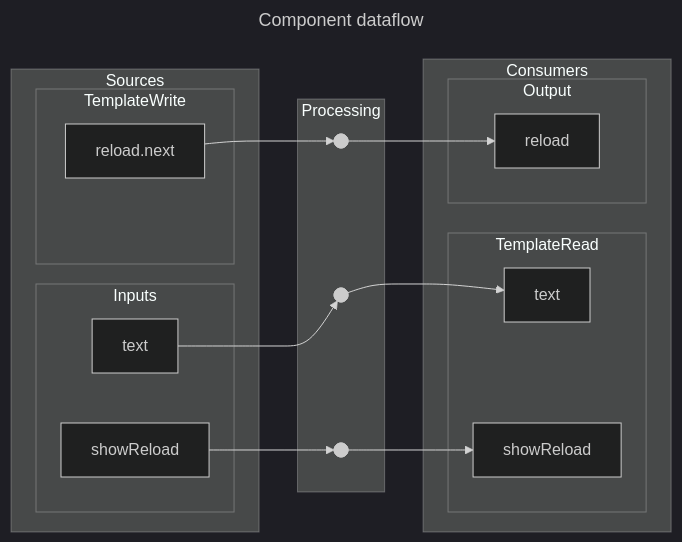
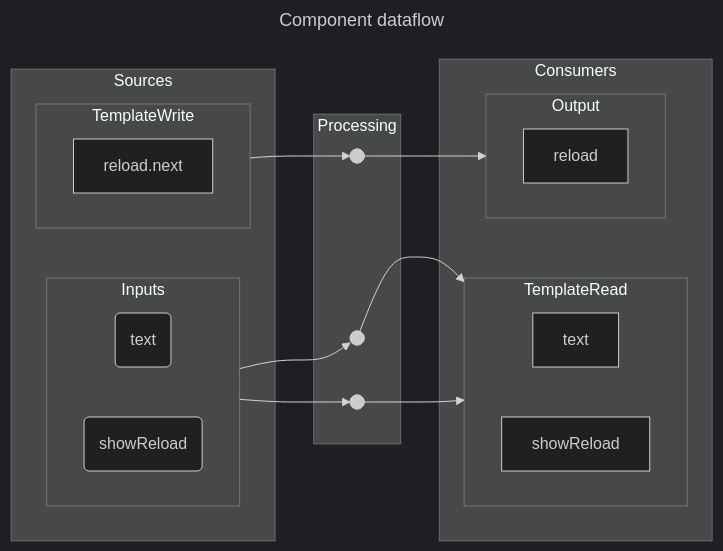
The first of 2 diagrams in src/app/components/content/generic-error/generic-error.component.dataflow.md (earthdmitriy/rx-evo), drawn with Mermaid (dark theme) before and after one commit. The commit also changed other lines of this file and 39 other files, not shown here.

Commit message:
updated dataflow diagrams

````diff
--- a/src/app/components/content/generic-error/generic-error.component.dataflow.md
+++ b/src/app/components/content/generic-error/generic-error.component.dataflow.md
@@ -3,50 +3,54 @@
 ```mermaid
 ---
 title: Component dataflow
 ---
 graph LR
     subgraph Sources
         subgraph Inputs
-            Source_text["
+            direction LR
+            Source_text("
                 text
-            "]
-            Source_showReload["
+            ")
+            Source_showReload("
                 showReload
-            "]
+            ")
         end
         subgraph TemplateWrite
+            direction LR
             Source_reload.next["
                 reload.next
             "]
         end
     end
     subgraph Processing
         Processing_text@{ shape: f-circ, label: "Junction" }
         Processing_showReload@{ shape: f-circ, label: "Junction" }
         Processing_reload@{ shape: f-circ, label: "Junction" }
     end
     subgraph Consumers
         subgraph Output
+            direction LR
             Consumer_reload["
                 reload
             "]
         end
         subgraph TemplateRead
+            direction LR
             Consumer_text["
                 text
             "]
             Consumer_showReload["
                 showReload
             "]
         end
     end
     Sources ~~~ Processing
     Processing ~~~ Consumers
     Source_text --> Processing_text
     Source_showReload --> Processing_showReload
     Source_reload.next --> Processing_reload
     Processing_text --> Consumer_text
     Processing_showReload --> Consumer_showReload
     Processing_reload --> Consumer_reload
 
 ```
````
